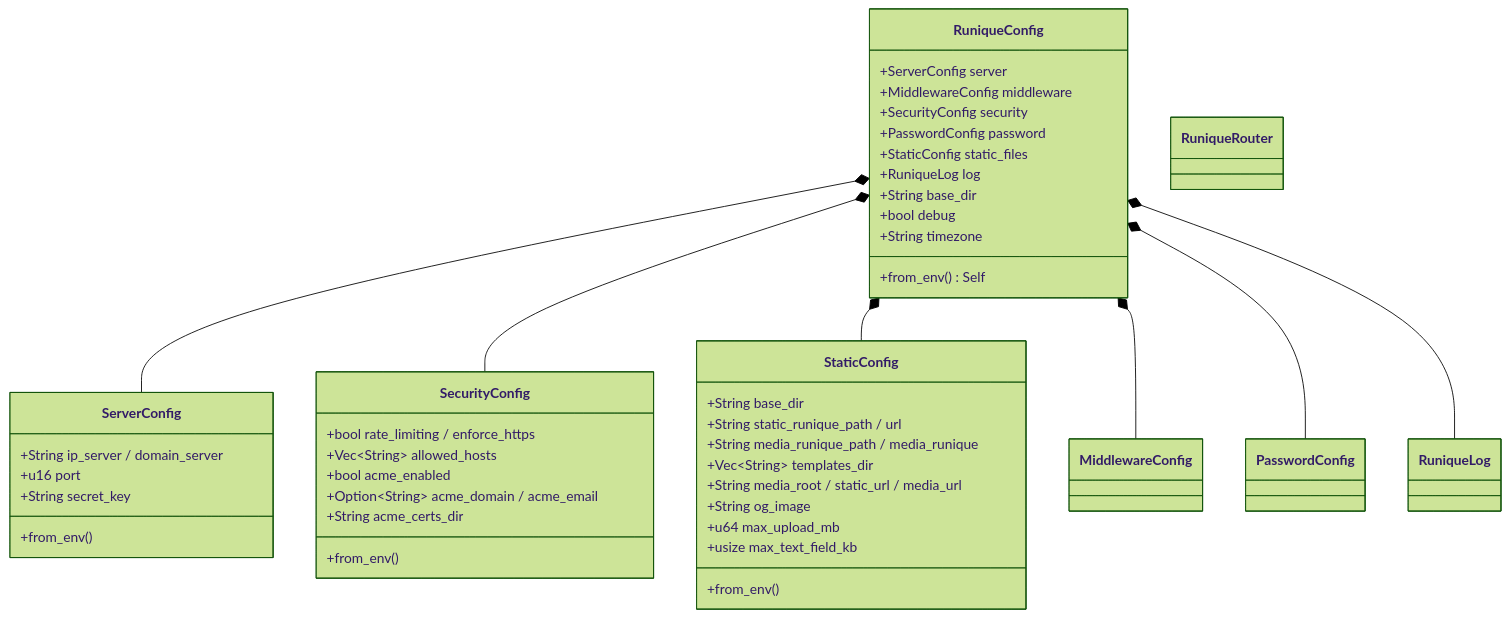
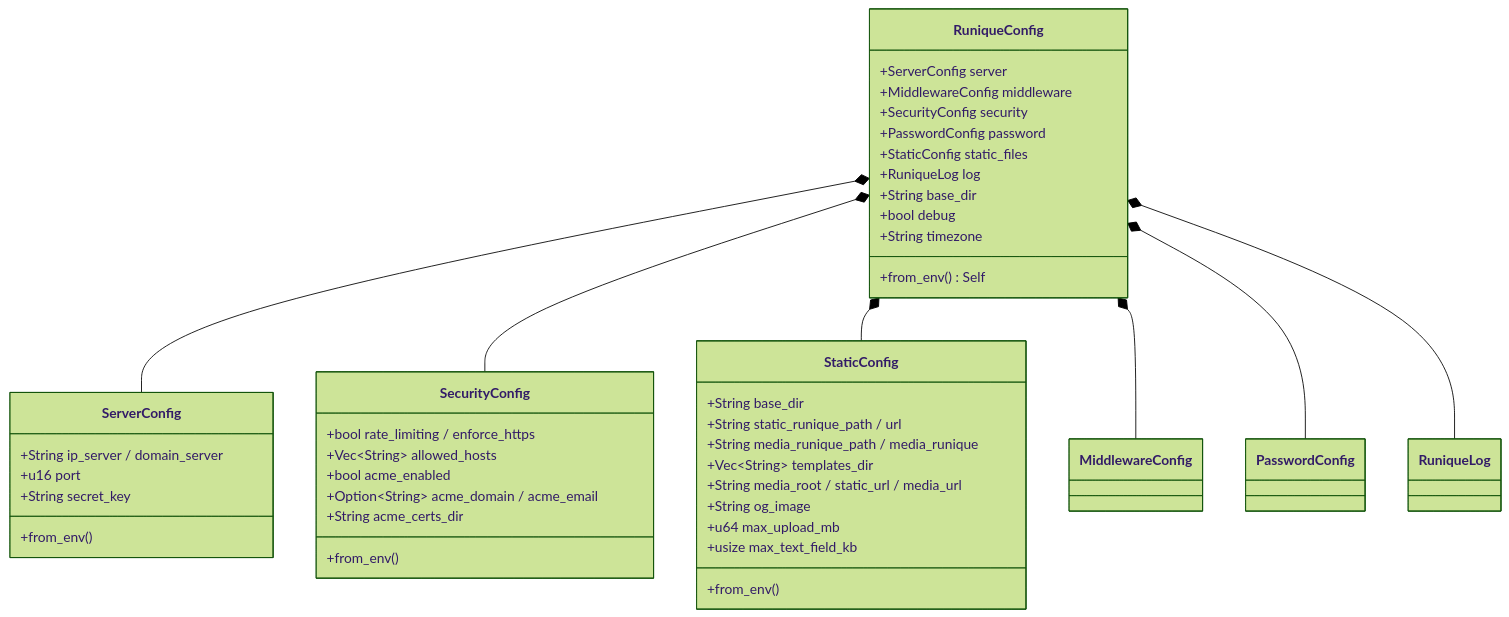
The first of 2 diagrams in diagramme/uml/config/configuration.md (seb-alliot/runique), drawn with Mermaid (forest theme) before and after one commit. The commit also changed 197 other files, not shown here.

````diff
--- a/diagramme/uml/config/configuration.md
+++ b/diagramme/uml/config/configuration.md
@@ -7,47 +7,46 @@
 ```mermaid
 classDiagram
     class RuniqueConfig {
         +ServerConfig server
         +MiddlewareConfig middleware
         +SecurityConfig security
         +PasswordConfig password
         +StaticConfig static_files
         +RuniqueLog log
         +String base_dir
         +bool debug
         +String timezone
         +from_env() Self
     }
     class ServerConfig {
         +String ip_server / domain_server
         +u16 port
         +String secret_key
         +from_env()
     }
     class SecurityConfig {
         +bool rate_limiting / enforce_https
         +Vec~String~ allowed_hosts
         +bool acme_enabled
         +Option~String~ acme_domain / acme_email
         +String acme_certs_dir
         +from_env()
     }
     class StaticConfig {
         +String base_dir
         +String static_runique_path / url
         +String media_runique_path / media_runique
         +Vec~String~ templates_dir
         +String media_root / static_url / media_url
         +String og_image
         +u64 max_upload_mb
         +usize max_text_field_kb
         +from_env()
     }
-    class RuniqueRouter
     RuniqueConfig *-- ServerConfig
     RuniqueConfig *-- SecurityConfig
     RuniqueConfig *-- StaticConfig
     RuniqueConfig *-- MiddlewareConfig
     RuniqueConfig *-- PasswordConfig
     RuniqueConfig *-- RuniqueLog
 ```
````
